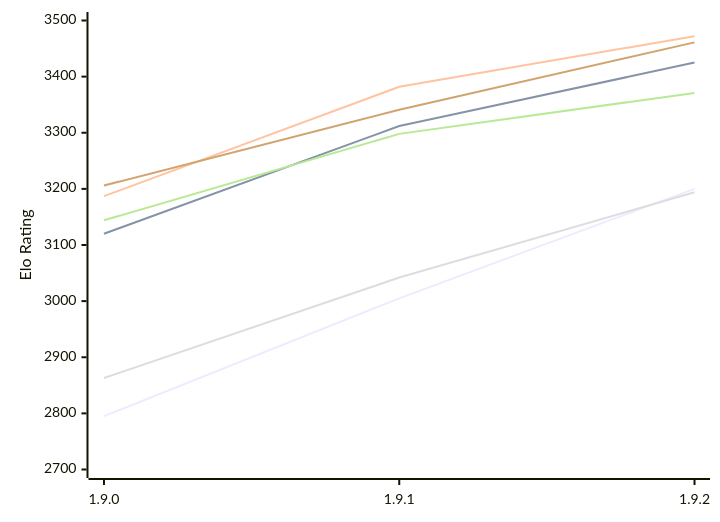
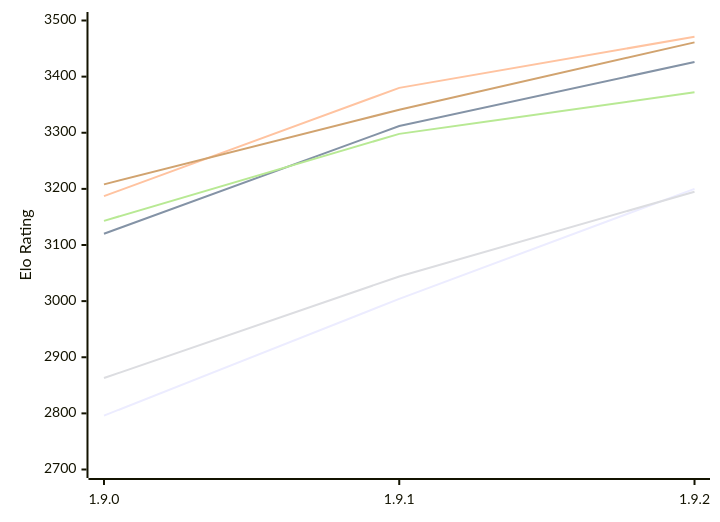
The diagram in engines/Superpawn.md (computer-chess-index/cci), drawn with Mermaid before and after one commit. The commit also changed other lines of this file, not shown here.

Commit message:
Update CCI Ratings (ELO VLTC) - 2026-11-27

````diff
--- a/engines/Superpawn.md
+++ b/engines/Superpawn.md
@@ -51,12 +51,12 @@
 ```mermaid
 %%{init: {"theme":"base","themeVariables":{"seriesColors:['#a3a3a3','#222221','#faa371']}}}%%
 xychart-beta
   x-axis ["1.9.0", "1.9.1", "1.9.2"]
   y-axis "Elo Rating" 2700 --> 3500
-  line "E1: STC (8.0+0.08s)" [2795, 3005, 3200]
-  line "E1: LTC (60.0+0.60s)" [3120, 3312, 3425]
-  line "E1: VLTC (2m24s+1.12s)" [3187, 3382, 3472]
-  line "P1: STC (8.0+0.08s)" [2863, 3042, 3194]
-  line "P1: LTC (60.0+0.60s)" [3144, 3298, 3371]
-  line "P1: VLTC (2m24s+1.12s)" [3206, 3341, 3461]
+  line "E1: STC (8.0+0.08s)" [2796, 3004, 3200]
+  line "E1: LTC (60.0+0.60s)" [3120, 3312, 3426]
+  line "E1: VLTC (2m24s+1.12s)" [3187, 3380, 3471]
+  line "P1: STC (8.0+0.08s)" [2863, 3044, 3195]
+  line "P1: LTC (60.0+0.60s)" [3143, 3298, 3372]
+  line "P1: VLTC (2m24s+1.12s)" [3208, 3341, 3461]
 ```
````
